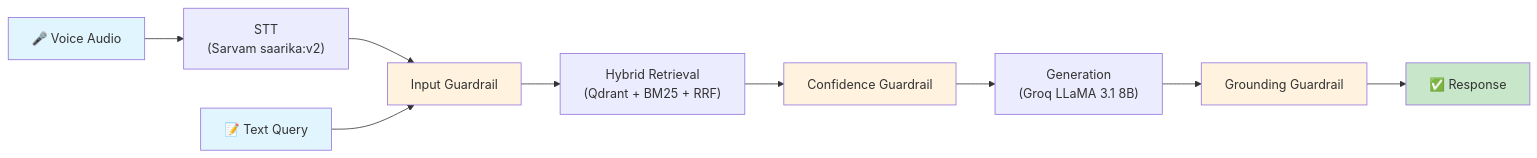
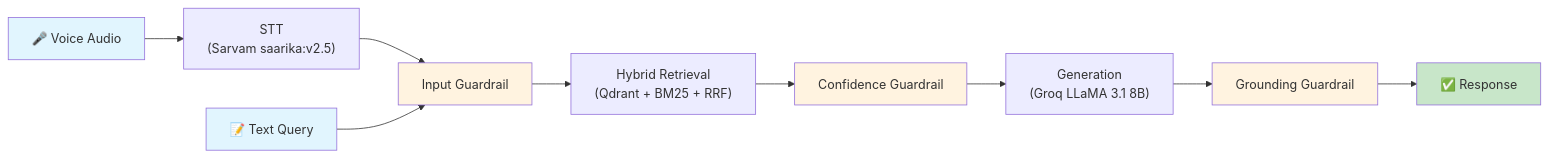
Before and after one commit to http-pruthvi/RAGInGoa: the diagram in README.md, drawn with Mermaid. The commit also changed other lines of this file and 11 other files, not shown here.

````diff
--- a/README.md
+++ b/README.md
@@ -7,18 +17,18 @@
 ```mermaid
 graph LR
-    A["🎤 Voice Audio"] --> B["STT<br/>(Sarvam saarika:v2)"]
+    A["🎤 Voice Audio"] --> B["STT<br/>(Sarvam saarika:v2.5)"]
     B --> C["Input Guardrail"]
     T["📝 Text Query"] --> C
     C --> D["Hybrid Retrieval<br/>(Qdrant + BM25 + RRF)"]
     D --> E["Confidence Guardrail"]
     E --> F["Generation<br/>(Groq LLaMA 3.1 8B)"]
     F --> G["Grounding Guardrail"]
     G --> H["✅ Response"]
 
     style A fill:#e1f5fe
     style T fill:#e1f5fe
     style H fill:#c8e6c9
     style C fill:#fff3e0
     style E fill:#fff3e0
     style G fill:#fff3e0
 ```
````
